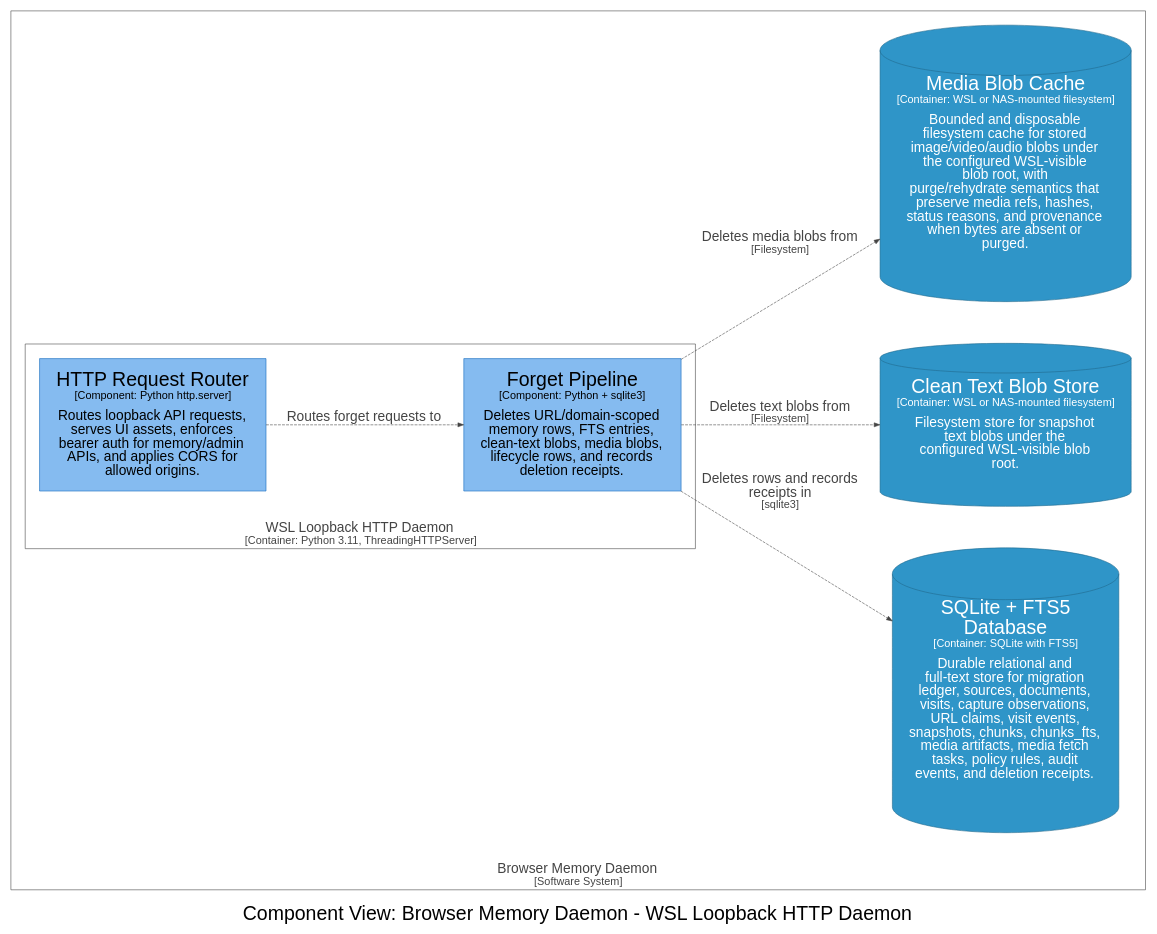
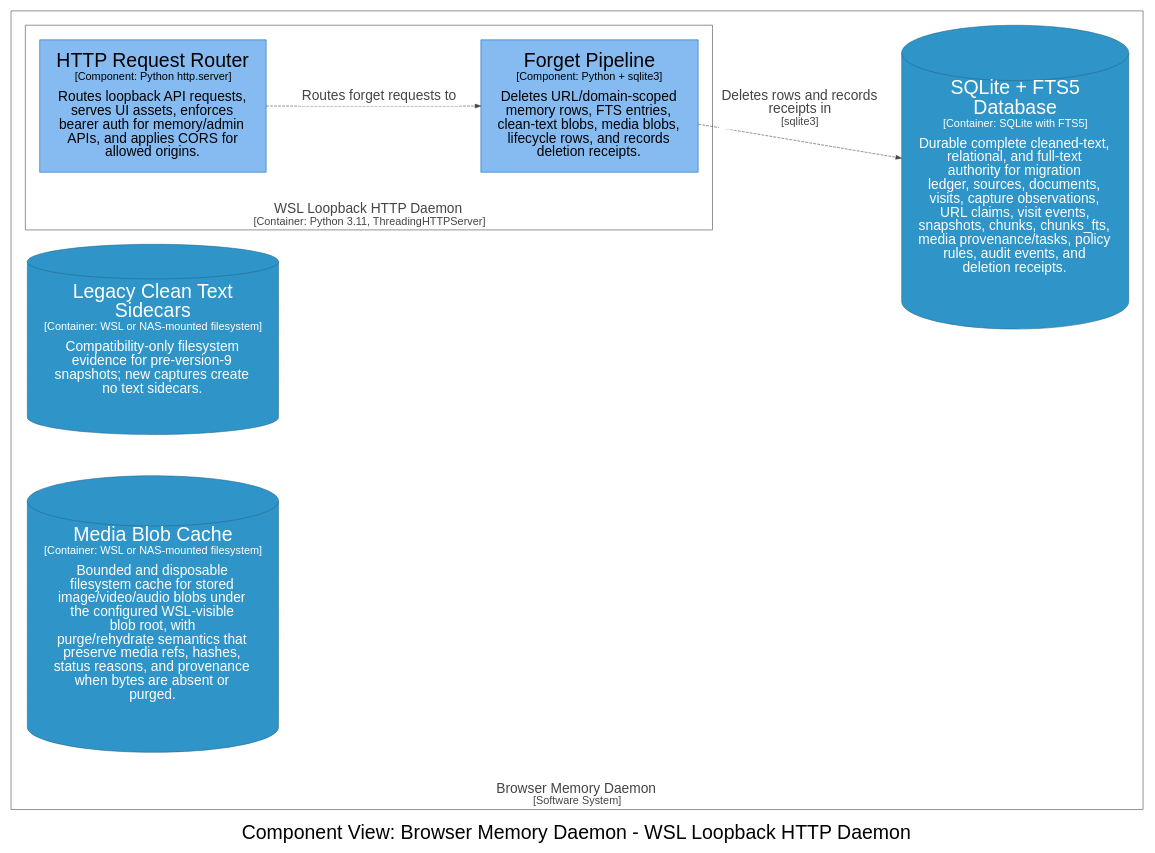
Before and after one commit to michaelnicks0/browser-memory-daemon: the diagram in docs/architecture/diagrams/dot/structurizr-DaemonForgetComponents.dot, drawn with Graphviz. The commit also changed 196 other files, not shown here.

Commit message:
feat(storage): make SQLite authoritative for snapshot text

```diff
--- a/docs/architecture/diagrams/dot/structurizr-DaemonForgetComponents.dot
+++ b/docs/architecture/diagrams/dot/structurizr-DaemonForgetComponents.dot
@@ -1,38 +1,36 @@
 digraph {
   compound=true
   graph [fontname="Arial", rankdir=LR, ranksep=1.0, nodesep=1.0]
   node [fontname="Arial", shape=box, margin="0.4,0.3"]
   edge [fontname="Arial"]
   label=<<br /><font point-size="34">Component View: Browser Memory Daemon - WSL Loopback HTTP Daemon</font>>
 
   subgraph cluster_4 {
     margin=25
     label=<<font point-size="24"><br />Browser Memory Daemon</font><br /><font point-size="19">[Software System]</font>>
     labelloc=b
     color="#444444"
     fontcolor="#444444"
     fillcolor="#444444"
 
     subgraph cluster_14 {
       margin=25
       label=<<font point-size="24"><br />WSL Loopback HTTP Daemon</font><br /><font point-size="19">[Container: Python 3.11, ThreadingHTTPServer]</font>>
       labelloc=b
       color="#444444"
       fontcolor="#444444"
       fillcolor="#444444"
 
       15 [id=15,shape=rect, label=<<font point-size="34">HTTP Request Router</font><br /><font point-size="19">[Component: Python http.server]</font><br /><br /><font point-size="24">Routes loopback API requests,<br />serves UI assets, enforces<br />bearer auth for memory/admin<br />APIs, and applies CORS for<br />allowed origins.</font>>, style=filled, color="#1168bd", fillcolor="#85bbf0", fontcolor="#000000"]
-      23 [id=23,shape=rect, label=<<font point-size="34">Forget Pipeline</font><br /><font point-size="19">[Component: Python + sqlite3]</font><br /><br /><font point-size="24">Deletes URL/domain-scoped<br />memory rows, FTS entries,<br />clean-text blobs, media blobs,<br />lifecycle rows, and records<br />deletion receipts.</font>>, style=filled, color="#1168bd", fillcolor="#85bbf0", fontcolor="#000000"]
+      24 [id=24,shape=rect, label=<<font point-size="34">Forget Pipeline</font><br /><font point-size="19">[Component: Python + sqlite3]</font><br /><br /><font point-size="24">Deletes URL/domain-scoped<br />memory rows, FTS entries,<br />clean-text blobs, media blobs,<br />lifecycle rows, and records<br />deletion receipts.</font>>, style=filled, color="#1168bd", fillcolor="#85bbf0", fontcolor="#000000"]
     }
 
-    28 [id=28,shape=cylinder, label=<<font point-size="34">SQLite + FTS5<br />Database</font><br /><font point-size="19">[Container: SQLite with FTS5]</font><br /><br /><font point-size="24">Durable relational and<br />full-text store for migration<br />ledger, sources, documents,<br />visits, capture observations,<br />URL claims, visit events,<br />snapshots, chunks, chunks_fts,<br />media artifacts, media fetch<br />tasks, policy rules, audit<br />events, and deletion receipts.</font>>, style=filled, color="#20688c", fillcolor="#2f95c8", fontcolor="#ffffff"]
-    29 [id=29,shape=cylinder, label=<<font point-size="34">Clean Text Blob Store</font><br /><font point-size="19">[Container: WSL or NAS-mounted filesystem]</font><br /><br /><font point-size="24">Filesystem store for snapshot<br />text blobs under the<br />configured WSL-visible blob<br />root.</font>>, style=filled, color="#20688c", fillcolor="#2f95c8", fontcolor="#ffffff"]
-    30 [id=30,shape=cylinder, label=<<font point-size="34">Media Blob Cache</font><br /><font point-size="19">[Container: WSL or NAS-mounted filesystem]</font><br /><br /><font point-size="24">Bounded and disposable<br />filesystem cache for stored<br />image/video/audio blobs under<br />the configured WSL-visible<br />blob root, with<br />purge/rehydrate semantics that<br />preserve media refs, hashes,<br />status reasons, and provenance<br />when bytes are absent or<br />purged.</font>>, style=filled, color="#20688c", fillcolor="#2f95c8", fontcolor="#ffffff"]
+    29 [id=29,shape=cylinder, label=<<font point-size="34">SQLite + FTS5<br />Database</font><br /><font point-size="19">[Container: SQLite with FTS5]</font><br /><br /><font point-size="24">Durable complete cleaned-text,<br />relational, and full-text<br />authority for migration<br />ledger, sources, documents,<br />visits, capture observations,<br />URL claims, visit events,<br />snapshots, chunks, chunks_fts,<br />media provenance/tasks, policy<br />rules, audit events, and<br />deletion receipts.</font>>, style=filled, color="#20688c", fillcolor="#2f95c8", fontcolor="#ffffff"]
+    30 [id=30,shape=cylinder, label=<<font point-size="34">Legacy Clean Text<br />Sidecars</font><br /><font point-size="19">[Container: WSL or NAS-mounted filesystem]</font><br /><br /><font point-size="24">Compatibility-only filesystem<br />evidence for pre-version-9<br />snapshots; new captures create<br />no text sidecars.</font>>, style=filled, color="#20688c", fillcolor="#2f95c8", fontcolor="#ffffff"]
+    31 [id=31,shape=cylinder, label=<<font point-size="34">Media Blob Cache</font><br /><font point-size="19">[Container: WSL or NAS-mounted filesystem]</font><br /><br /><font point-size="24">Bounded and disposable<br />filesystem cache for stored<br />image/video/audio blobs under<br />the configured WSL-visible<br />blob root, with<br />purge/rehydrate semantics that<br />preserve media refs, hashes,<br />status reasons, and provenance<br />when bytes are absent or<br />purged.</font>>, style=filled, color="#20688c", fillcolor="#2f95c8", fontcolor="#ffffff"]
   }
 
-  15 -> 23 [id=69, label=<<font point-size="24">Routes forget requests to</font>>, style="dashed", color="#444444", fontcolor="#444444"]
-  23 -> 28 [id=81, label=<<font point-size="24">Deletes rows and records<br />receipts in</font><br /><font point-size="19">[sqlite3]</font>>, style="dashed", color="#444444", fontcolor="#444444"]
-  23 -> 29 [id=82, label=<<font point-size="24">Deletes text blobs from</font><br /><font point-size="19">[Filesystem]</font>>, style="dashed", color="#444444", fontcolor="#444444"]
-  23 -> 30 [id=83, label=<<font point-size="24">Deletes media blobs from</font><br /><font point-size="19">[Filesystem]</font>>, style="dashed", color="#444444", fontcolor="#444444"]
+  15 -> 24 [id=70, label=<<TABLE BORDER="0" CELLBORDER="0" CELLSPACING="0" CELLPADDING="4" BGCOLOR="white"><TR><TD><font point-size="24">Routes forget requests to</font></TD></TR></TABLE>>, style="dashed", color="#444444", fontcolor="#444444"]
+  24 -> 29 [id=80, label=<<TABLE BORDER="0" CELLBORDER="0" CELLSPACING="0" CELLPADDING="4" BGCOLOR="white"><TR><TD><font point-size="24">Deletes rows and records<br />receipts in</font><br /><font point-size="19">[sqlite3]</font></TD></TR></TABLE>>, style="dashed", color="#444444", fontcolor="#444444"]
 
 }
```
